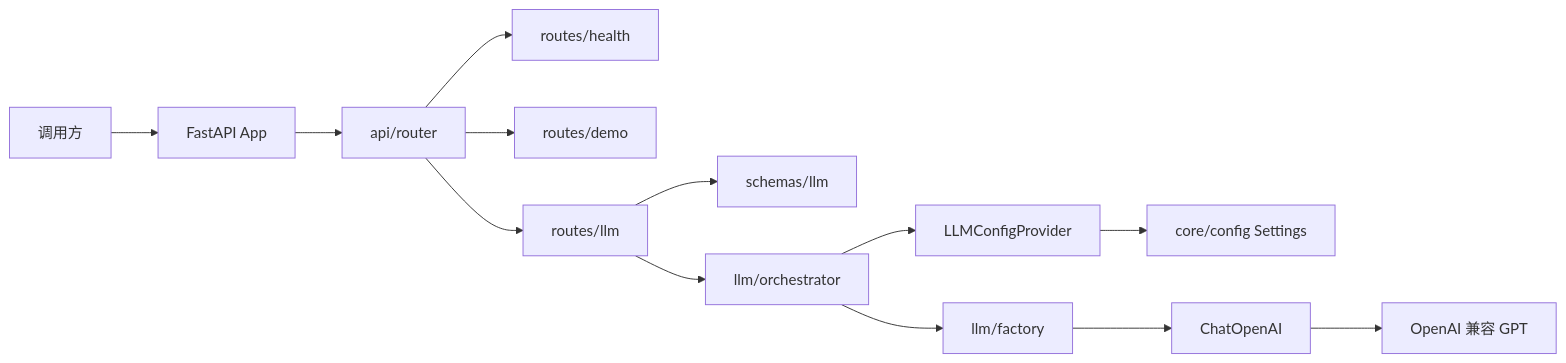
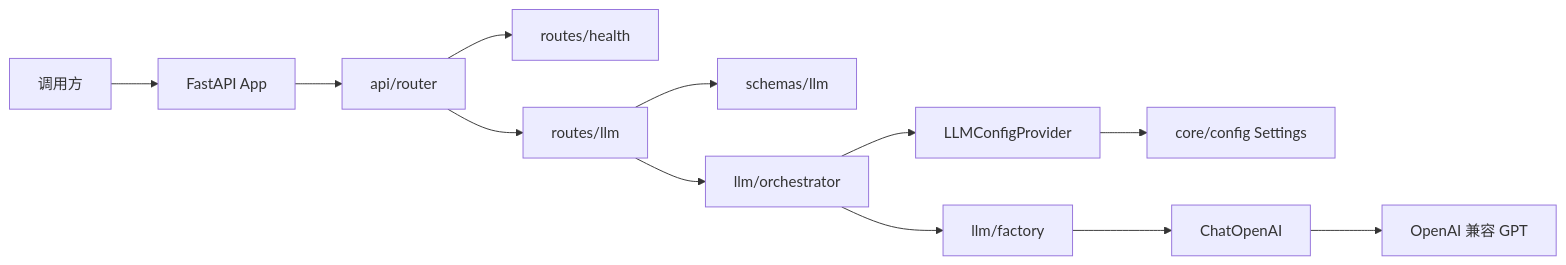
One commit to anInterestingName/fast-staratlas-ai changed the first of 2 diagrams in doc/design/DESIGN-REQ-2026-001-llm-access-orchestration.md. Above: the diagram before and after it, drawn with Mermaid. The commit also changed other lines of this file and 55 other files, not shown here.

````diff
--- a/doc/design/DESIGN-REQ-2026-001-llm-access-orchestration.md
+++ b/doc/design/DESIGN-REQ-2026-001-llm-access-orchestration.md
@@ -84,15 +86,14 @@
 ```mermaid
 flowchart LR
     Client[调用方] --> FastAPI[FastAPI App]
     FastAPI --> Router[api/router]
     Router --> Health[routes/health]
-    Router --> Demo[routes/demo]
     Router --> LLMRoute[routes/llm]
     LLMRoute --> Schema[schemas/llm]
     LLMRoute --> Orch[llm/orchestrator]
     Orch --> Provider[LLMConfigProvider]
     Provider --> Settings[core/config Settings]
     Orch --> Factory[llm/factory]
     Factory --> ChatModel[ChatOpenAI]
     ChatModel --> GPT[OpenAI 兼容 GPT]
 ```
````
